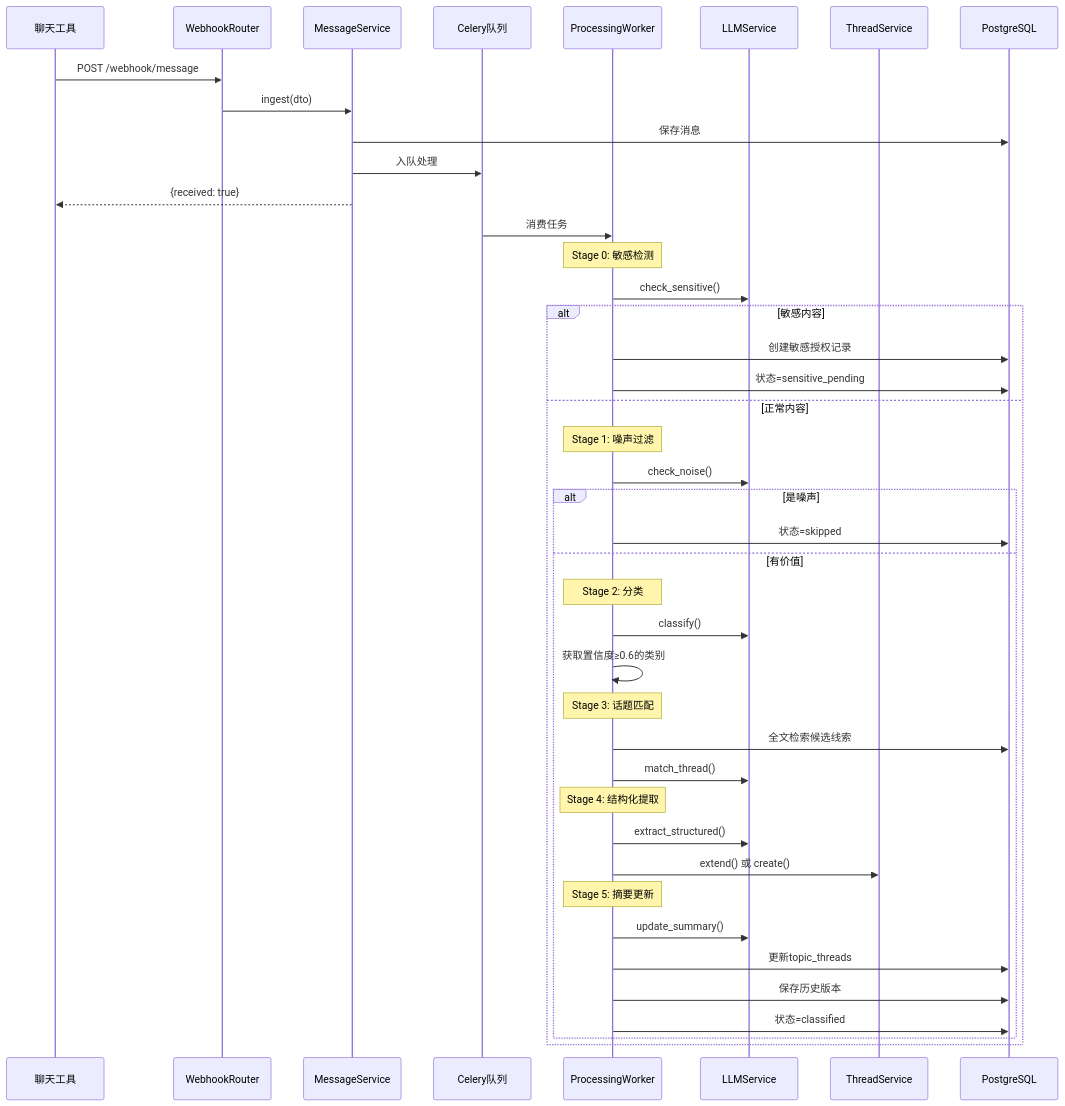
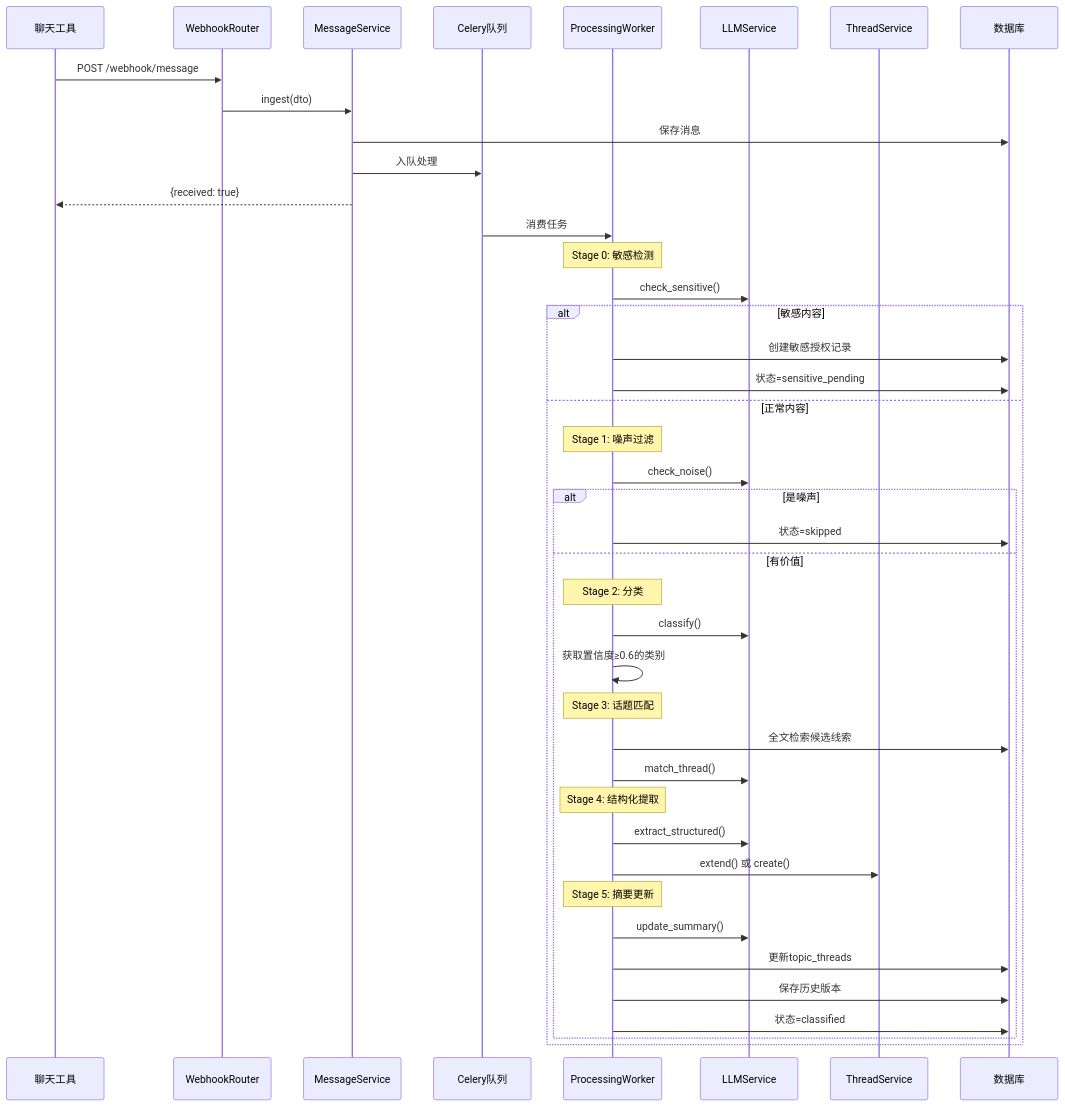
Diagram 14 of 16 in docs/09_user_manual.md (l17728/RippleFlow), drawn with Mermaid before and after one commit. The commit also changed other lines of this file and 2 other files, not shown here.

````diff
--- a/docs/09_user_manual.md
+++ b/docs/09_user_manual.md
@@ -987,50 +987,50 @@
 ```mermaid
 sequenceDiagram
     participant Chat as 聊天工具
     participant Webhook as WebhookRouter
     participant Msg as MessageService
     participant Queue as Celery队列
     participant Worker as ProcessingWorker
     participant LLM as LLMService
     participant Thread as ThreadService
-    participant DB as PostgreSQL
+    participant DB as 数据库
     
     Chat->>Webhook: POST /webhook/message
     Webhook->>Msg: ingest(dto)
     Msg->>DB: 保存消息
     Msg->>Queue: 入队处理
     Msg-->>Chat: {received: true}
     
     Queue->>Worker: 消费任务
     
     Note over Worker: Stage 0: 敏感检测
     Worker->>LLM: check_sensitive()
     alt 敏感内容
         Worker->>DB: 创建敏感授权记录
         Worker->>DB: 状态=sensitive_pending
     else 正常内容
         Note over Worker: Stage 1: 噪声过滤
         Worker->>LLM: check_noise()
         alt 是噪声
             Worker->>DB: 状态=skipped
         else 有价值
             Note over Worker: Stage 2: 分类
             Worker->>LLM: classify()
             Worker->>Worker: 获取置信度≥0.6的类别
             
             Note over Worker: Stage 3: 话题匹配
             Worker->>DB: 全文检索候选线索
             Worker->>LLM: match_thread()
             
             Note over Worker: Stage 4: 结构化提取
             Worker->>LLM: extract_structured()
             Worker->>Thread: extend() 或 create()
             
             Note over Worker: Stage 5: 摘要更新
             Worker->>LLM: update_summary()
             Worker->>DB: 更新topic_threads
             Worker->>DB: 保存历史版本
             Worker->>DB: 状态=classified
         end
     end
 ```
````
